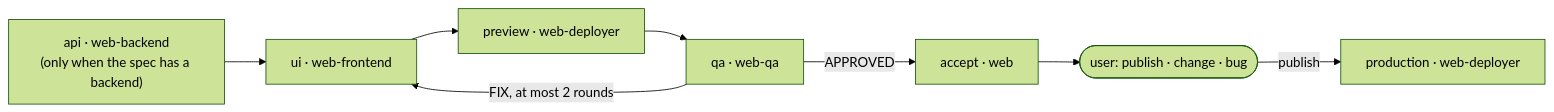
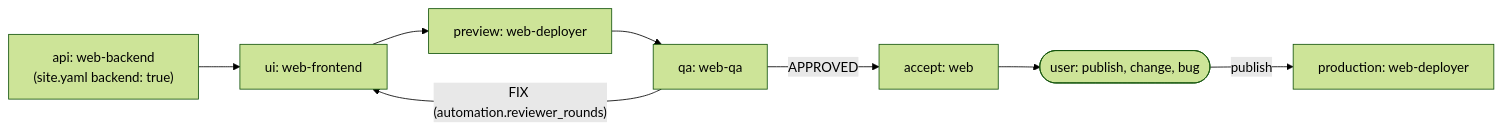
One commit to PuntoyComaTech/hermes-agent-squads changed the diagram in squads/web/README.md. Above: the diagram before and after it, drawn with Mermaid (forest theme). The commit also changed other lines of this file and 171 other files, not shown here.

Commit message:
fix: QA Opus 2 (model advisor wiring, vision aux only for text-only models, site checker axe + home, board_watch to lead chat)

````diff
--- a/squads/web/README.md
+++ b/squads/web/README.md
@@ -45,10 +41,10 @@
 ```mermaid
 flowchart LR
-  api["api · web-backend<br/>(only when the spec has a backend)"] --> ui["ui · web-frontend"]
-  ui --> preview["preview · web-deployer"]
-  preview --> qa["qa · web-qa"]
-  qa -- "FIX, at most 2 rounds" --> ui
-  qa -- "APPROVED" --> accept["accept · web"]
-  accept --> user(["user: publish · change · bug"])
-  user -- "publish" --> production["production · web-deployer"]
+  api["api: web-backend<br/>(site.yaml backend: true)"] --> ui["ui: web-frontend"]
+  ui --> preview["preview: web-deployer"]
+  preview --> qa["qa: web-qa"]
+  qa -- "FIX (automation.reviewer_rounds)" --> ui
+  qa -- "APPROVED" --> accept["accept: web"]
+  accept --> user(["user: publish, change, bug"])
+  user -- "publish" --> production["production: web-deployer"]
 ```
````
